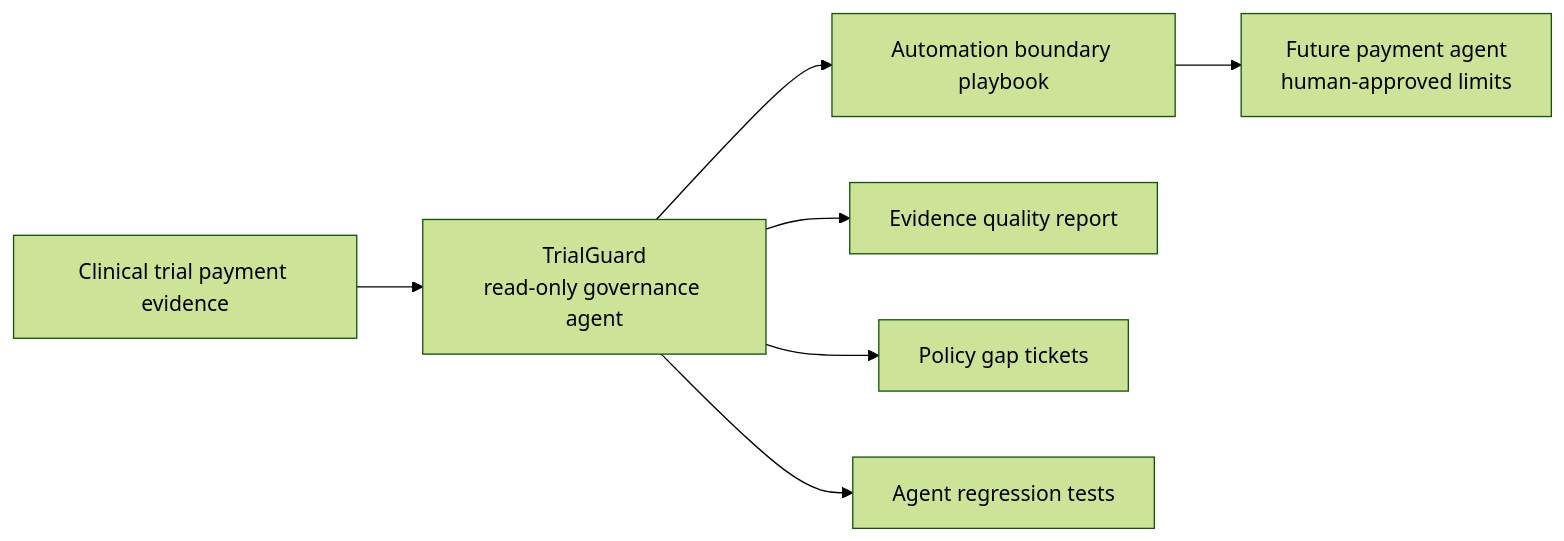
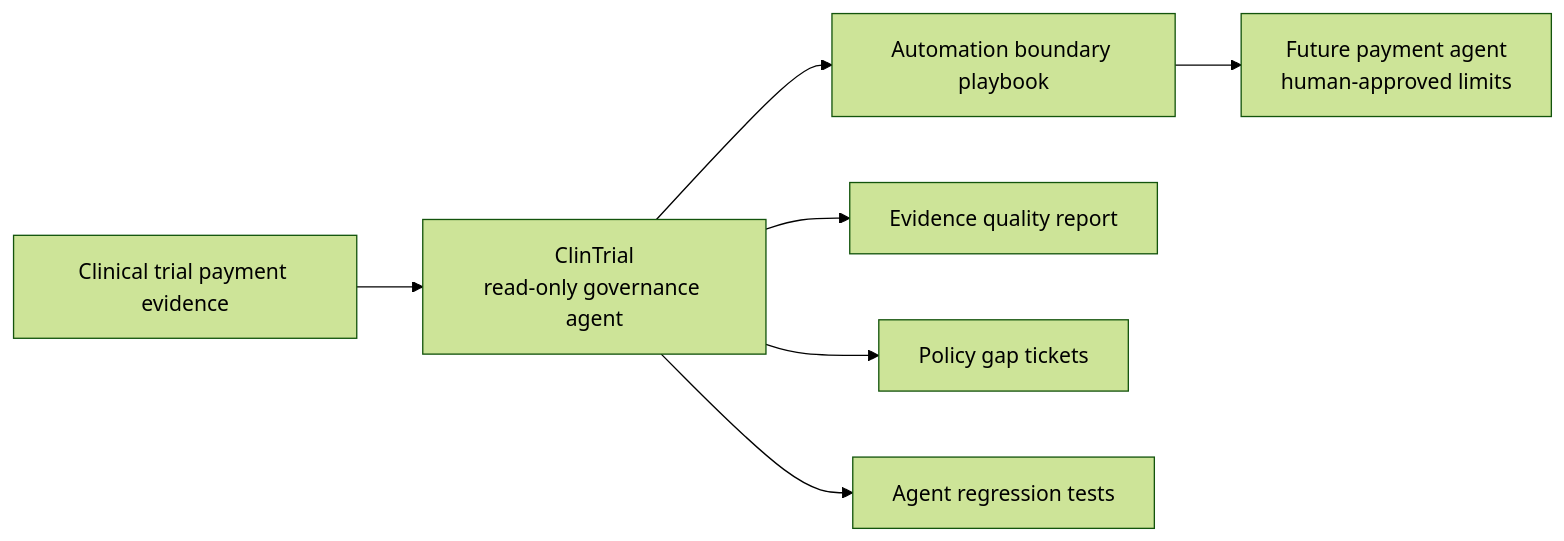
One commit to IvanMiao/Raise-Hackathon-Clintrial changed the first of 3 diagrams in docs/trialguard-vultr-workflows.mermaid.en.md. Above: the diagram before and after it, drawn with Mermaid (forest theme). The commit also changed other lines of this file and 11 other files, not shown here.

````diff
--- a/docs/trialguard-vultr-workflows.mermaid.en.md
+++ b/docs/trialguard-vultr-workflows.mermaid.en.md
@@ -5,10 +5,10 @@
 ```mermaid
 flowchart LR
-  A["Clinical trial payment evidence"] --> B["TrialGuard<br/>read-only governance agent"]
+  A["Clinical trial payment evidence"] --> B["ClinTrial<br/>read-only governance agent"]
   B --> C["Automation boundary playbook"]
   B --> D["Evidence quality report"]
   B --> E["Policy gap tickets"]
   B --> F["Agent regression tests"]
 
   C --> G["Future payment agent<br/>human-approved limits"]
 ```
````
